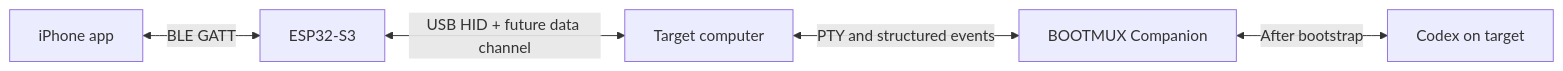
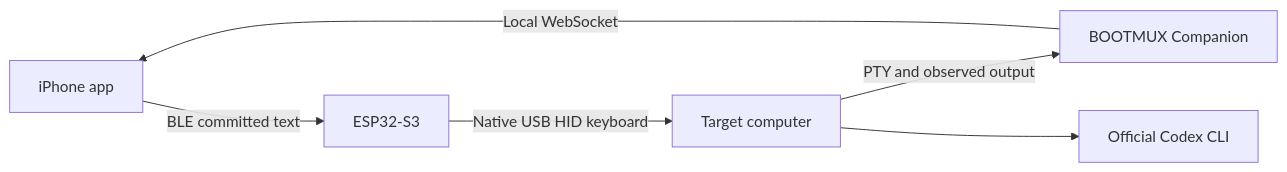
The diagram in README.md (oxcandy-lgtm/BOOTMUX), drawn with Mermaid before and after one commit. The commit also changed other lines of this file, not shown here.

````diff
--- a/README.md
+++ b/README.md
@@ -198,7 +58,8 @@
 ```mermaid
 flowchart LR
-    A[iPhone app] <-->|BLE GATT| B[ESP32-S3]
-    B <-->|USB HID + future data channel| C[Target computer]
-    C <-->|PTY and structured events| D[BOOTMUX Companion]
-    D <-->|After bootstrap| F[Codex on target]
+    A[iPhone app] -->|BLE committed text| B[ESP32-S3]
+    B -->|Native USB HID keyboard| C[Target computer]
+    C -->|PTY and observed output| D[BOOTMUX Companion]
+    D -->|Local WebSocket| A
+    C --> E[Official Codex CLI]
 ```
````
